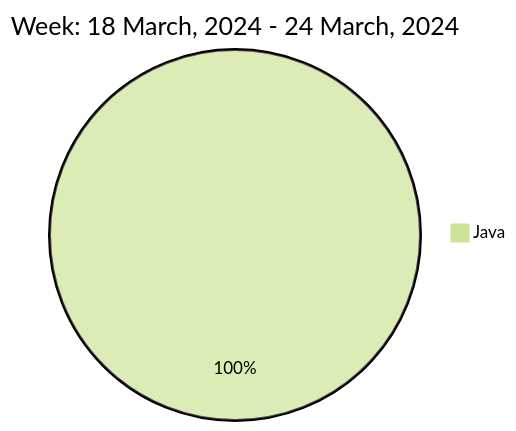
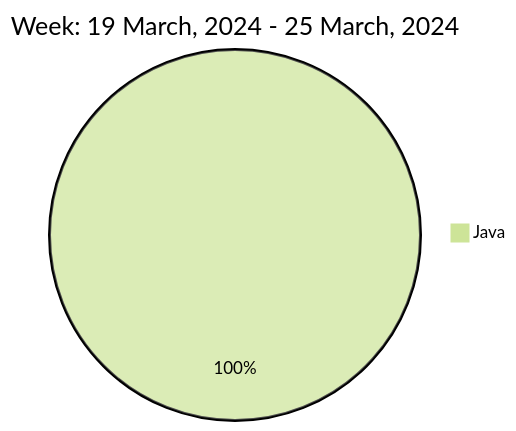
Before and after one commit to liubin95/liubin95: the diagram in README.md, drawn with Mermaid (forest theme).

Commit message:
Updated the Graph with new Metrics

````diff
--- a/README.md
+++ b/README.md
@@ -37,5 +37,5 @@
 ```mermaid
  pie
-title Week: 18 March, 2024 - 24 March, 2024
- "Java" : 1.33
+title Week: 19 March, 2024 - 25 March, 2024
+ "Java" : 2.6
 ```
````
